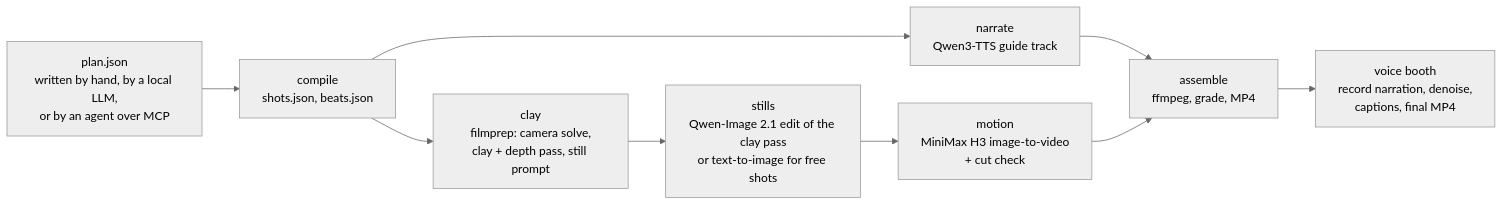
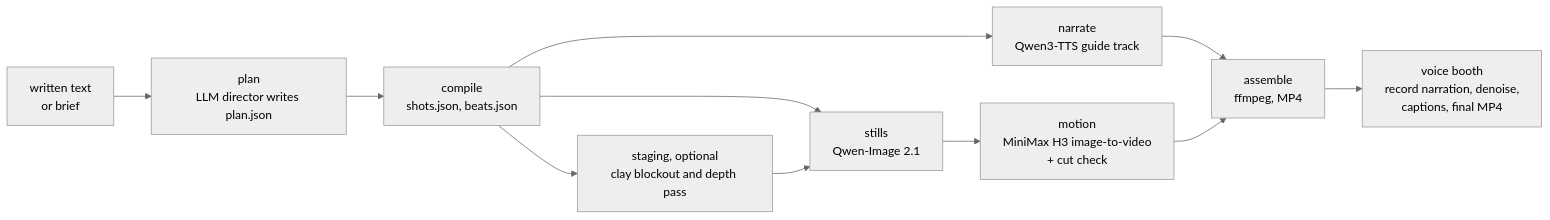
Before and after one commit to pskeough/anubis-clay-film: the diagram in README.md, drawn with Mermaid (neutral theme). The commit also changed other lines of this file and 1 other file, not shown here.

Commit message:
Rename to Scriptorium; rewrite README for the whole pipeline; add AGENT_SETUP.md

````diff
--- a/README.md
+++ b/README.md
@@ -13,11 +11,13 @@
 ```mermaid
 flowchart LR
-  A[plan.json<br/>written by hand, by a local LLM,<br/>or by an agent over MCP] --> B[compile<br/>shots.json, beats.json]
-  B --> C[narrate<br/>Qwen3-TTS guide track]
-  B --> D[clay<br/>filmprep: camera solve,<br/>clay + depth pass, still prompt]
-  D --> E[stills<br/>Qwen-Image 2.1 edit of the clay pass<br/>or text-to-image for free shots]
-  E --> F[motion<br/>MiniMax H3 image-to-video<br/>+ cut check]
-  C --> G[assemble<br/>ffmpeg, grade, MP4]
-  F --> G
-  G --> H[voice booth<br/>record narration, denoise,<br/>captions, final MP4]
+  T[written text<br/>or brief] --> P[plan<br/>LLM director writes plan.json]
+  P --> C[compile<br/>shots.json, beats.json]
+  C --> N[narrate<br/>Qwen3-TTS guide track]
+  C --> S0[staging, optional<br/>clay blockout and depth pass]
+  C --> S[stills<br/>Qwen-Image 2.1]
+  S0 --> S
+  S --> M[motion<br/>MiniMax H3 image-to-video<br/>+ cut check]
+  N --> A[assemble<br/>ffmpeg, MP4]
+  M --> A
+  A --> V[voice booth<br/>record narration, denoise,<br/>captions, final MP4]
 ```
````
